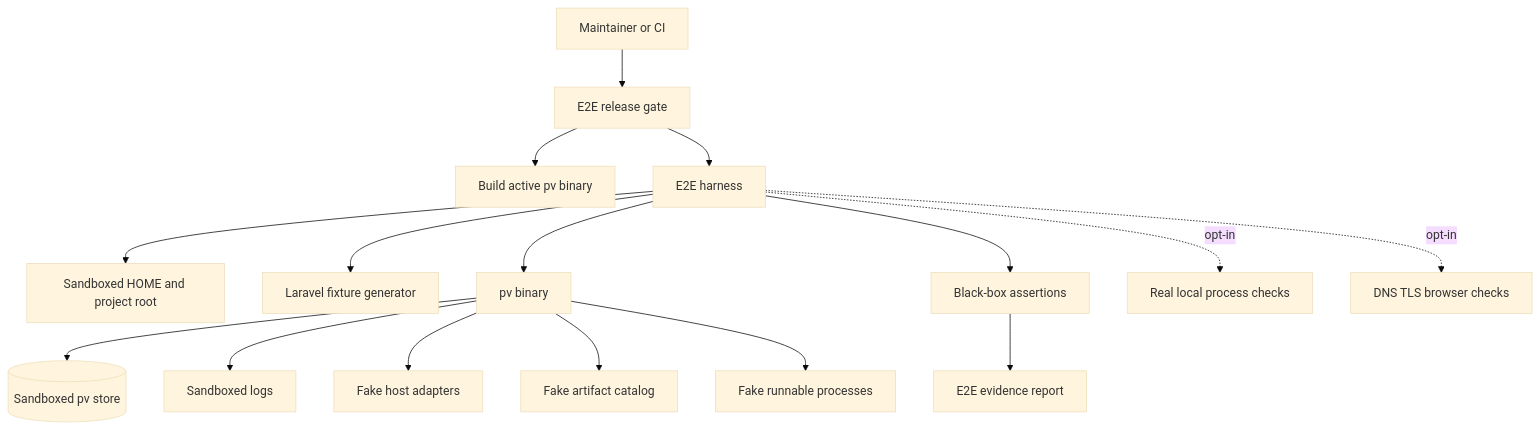
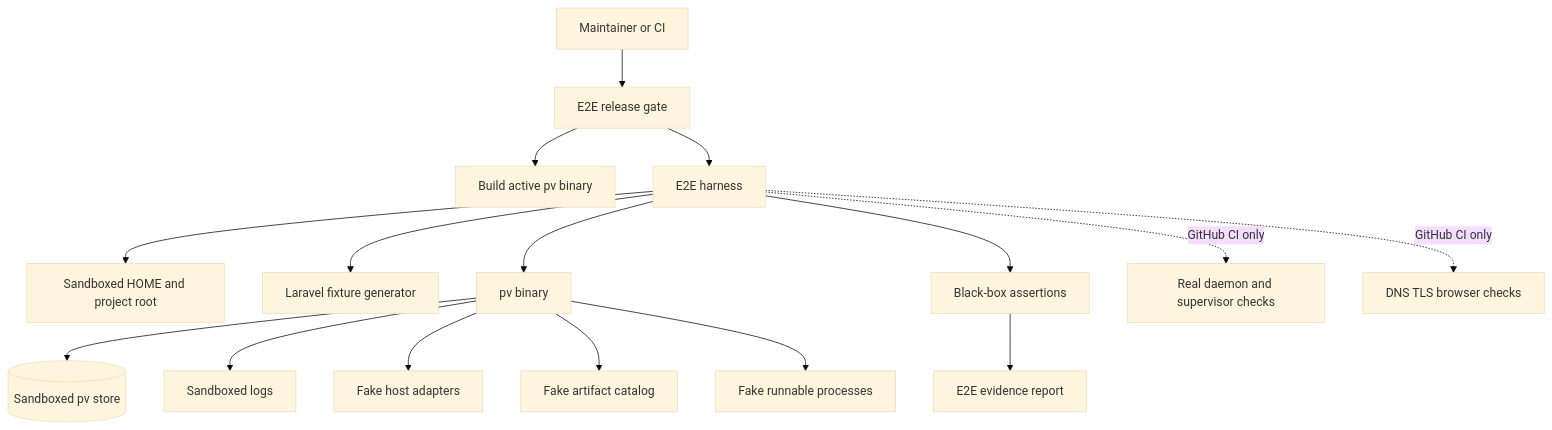
Before and after one commit to prvious/pv: the diagram in docs/gh/plan/pv-rewrite/epic-6-e2e-rewrite-validation/arch.md, drawn with Mermaid (base theme). The commit also changed other lines of this file and 16 other files, not shown here.

````diff
--- a/docs/gh/plan/pv-rewrite/epic-6-e2e-rewrite-validation/arch.md
+++ b/docs/gh/plan/pv-rewrite/epic-6-e2e-rewrite-validation/arch.md
@@ -12,19 +12,19 @@
 ```mermaid
 graph TD
   Maintainer[Maintainer or CI] --> Gate[E2E release gate]
   Gate --> Build[Build active pv binary]
   Gate --> Harness[E2E harness]
   Harness --> Sandbox[Sandboxed HOME and project root]
   Harness --> Fixture[Laravel fixture generator]
   Harness --> CLI[pv binary]
   CLI --> Store[(Sandboxed pv store)]
   CLI --> Logs[Sandboxed logs]
   CLI --> HostAdapters[Fake host adapters]
   CLI --> ArtifactCatalog[Fake artifact catalog]
   CLI --> FakeProcesses[Fake runnable processes]
   Harness --> Assertions[Black-box assertions]
   Assertions --> Evidence[E2E evidence report]
 
-  Harness -. opt-in .-> RealProcesses[Real local process checks]
-  Harness -. opt-in .-> PrivilegedHost[DNS TLS browser checks]
+  Harness -. GitHub CI only .-> RealProcesses[Real daemon and supervisor checks]
+  Harness -. GitHub CI only .-> PrivilegedHost[DNS TLS browser checks]
 ```
````
